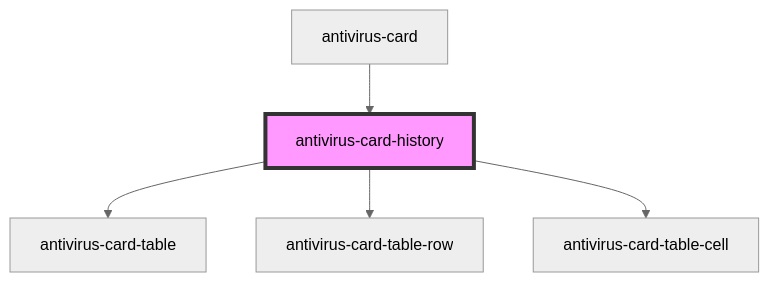
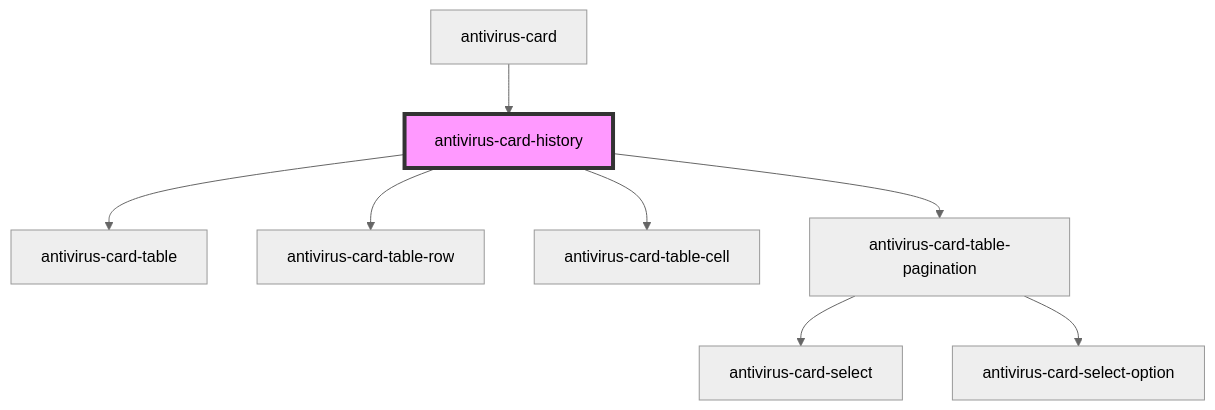
One commit to ispsystem/plugin-imunify changed the diagram in client/packages/antivirus-card/src/components/history/readme.md. Above: the diagram before and after it, drawn with Mermaid (neutral theme). The commit also changed other lines of this file and 23 other files, not shown here.

First line of the commit message:
feat(antivirus-card): 🌟 add pagination

````diff
--- a/client/packages/antivirus-card/src/components/history/readme.md
+++ b/client/packages/antivirus-card/src/components/history/readme.md
@@ -21,8 +22,11 @@
 ```mermaid
 graph TD;
   antivirus-card-history --> antivirus-card-table
   antivirus-card-history --> antivirus-card-table-row
   antivirus-card-history --> antivirus-card-table-cell
+  antivirus-card-history --> antivirus-card-table-pagination
+  antivirus-card-table-pagination --> antivirus-card-select
+  antivirus-card-table-pagination --> antivirus-card-select-option
   antivirus-card --> antivirus-card-history
   style antivirus-card-history fill:#f9f,stroke:#333,stroke-width:4px
 ```
````
